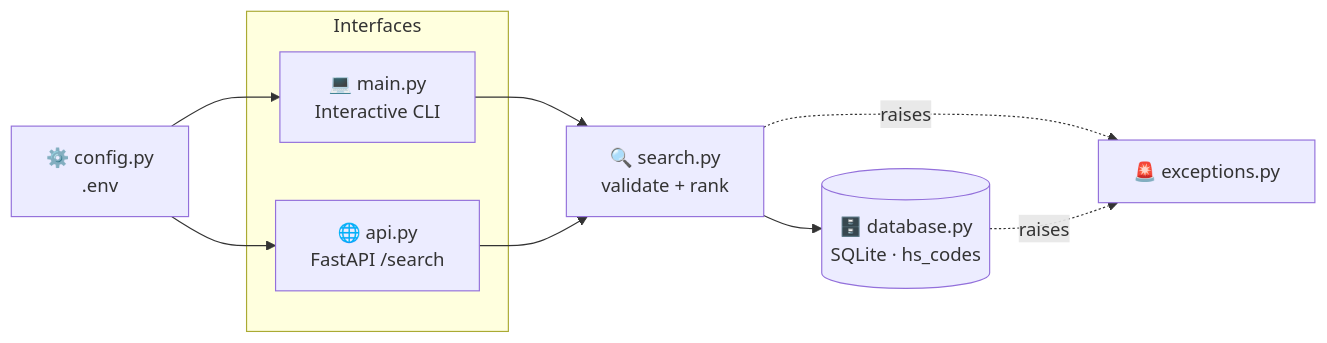
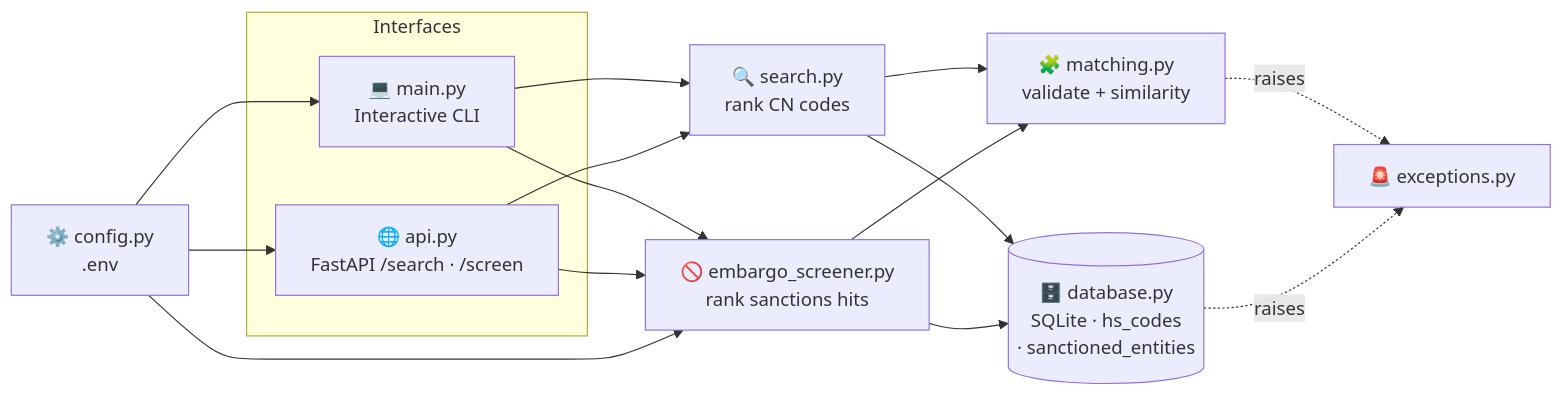
One commit to Mutersec/CustomsIQ changed the first of 2 diagrams in README.md. Above: the diagram before and after it, drawn with Mermaid. The commit also changed other lines of this file and 16 other files, not shown here.

First line of the commit message:
Implement sanctions screening on a shared matching layer

````diff
--- a/README.md
+++ b/README.md
@@ -73,20 +76,28 @@
 ```mermaid
 flowchart LR
     subgraph Interfaces
         CLI["💻 main.py<br/>Interactive CLI"]
-        API["🌐 api.py<br/>FastAPI /search"]
+        API["🌐 api.py<br/>FastAPI /search · /screen"]
     end
 
-    CORE["🔍 search.py<br/>validate + rank"]
-    DB[("🗄️ database.py<br/>SQLite · hs_codes")]
+    SEARCH["🔍 search.py<br/>rank CN codes"]
+    SCREEN["🚫 embargo_screener.py<br/>rank sanctions hits"]
+    MATCH["🧩 matching.py<br/>validate + similarity"]
+    DB[("🗄️ database.py<br/>SQLite · hs_codes<br/>· sanctioned_entities")]
     EXC["🚨 exceptions.py"]
     CFG["⚙️ config.py<br/>.env"]
 
-    CLI --> CORE
-    API --> CORE
-    CORE --> DB
-    CORE -. raises .-> EXC
+    CLI --> SEARCH
+    CLI --> SCREEN
+    API --> SEARCH
+    API --> SCREEN
+    SEARCH --> MATCH
+    SCREEN --> MATCH
+    SEARCH --> DB
+    SCREEN --> DB
+    MATCH -. raises .-> EXC
     DB -. raises .-> EXC
     CFG --> CLI
     CFG --> API
+    CFG --> SCREEN
 ```
````
